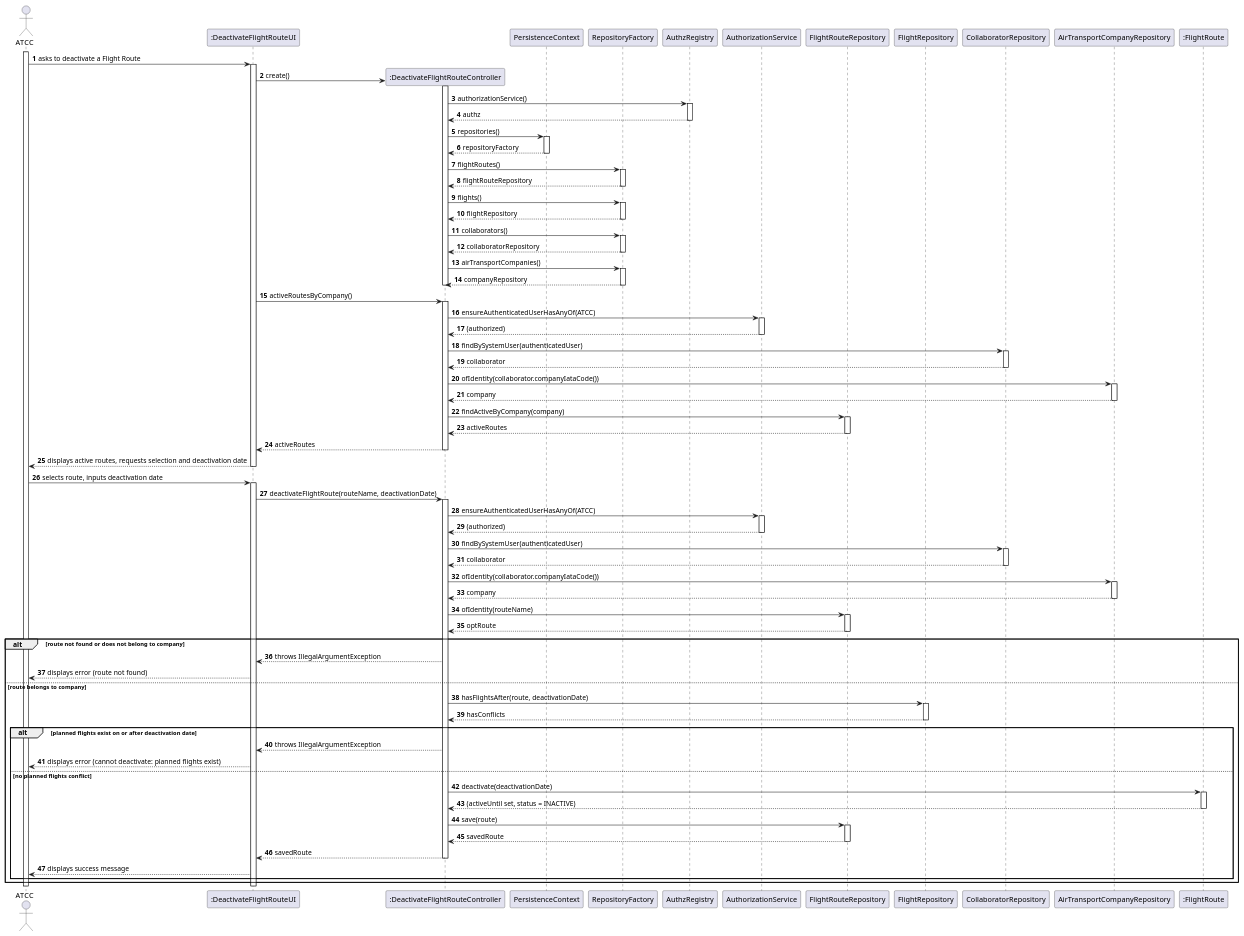
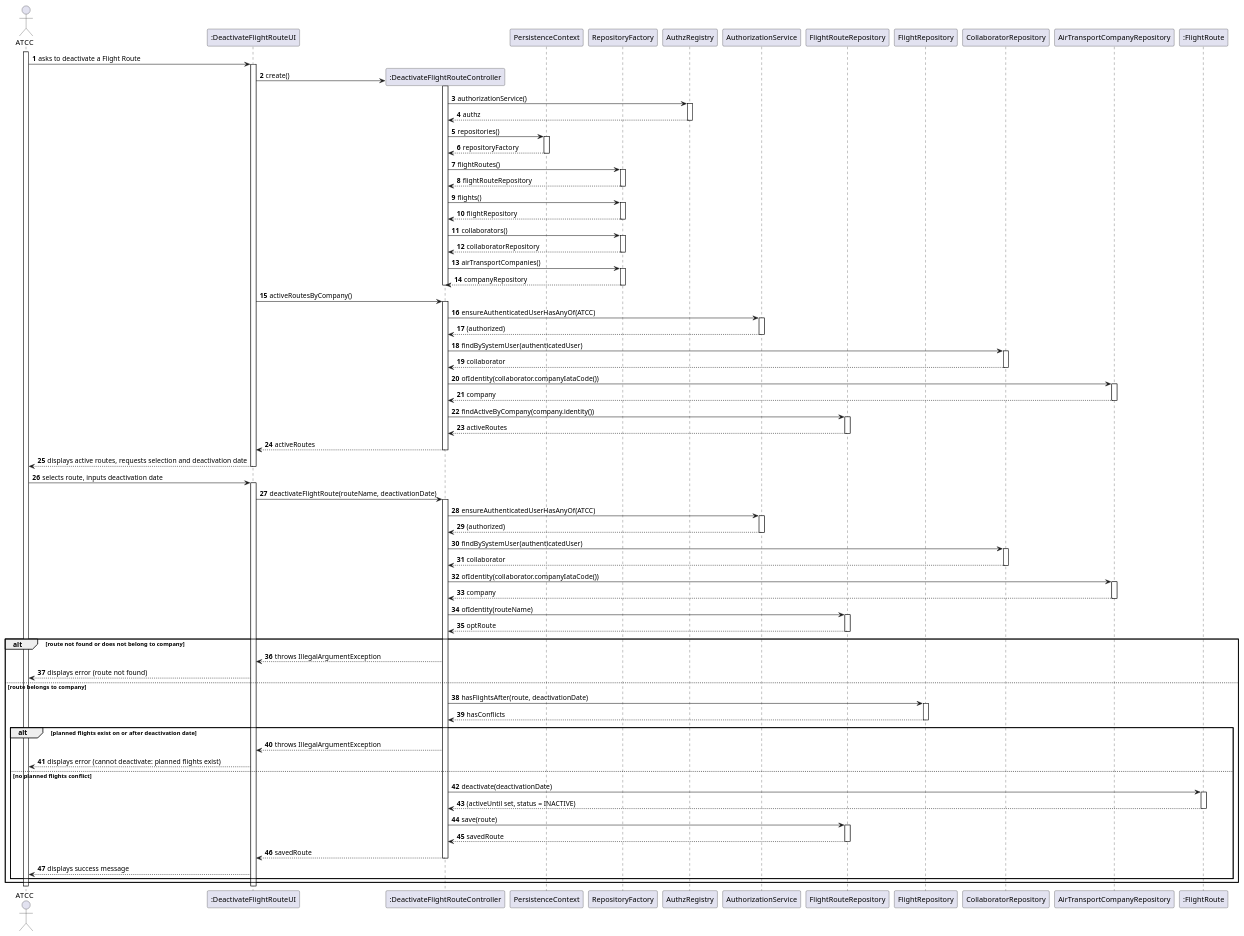
Before and after one commit to brunodspinto/aisafe: the diagram in aisafe.base/docs/user-stories/us074/puml/US074-SD.puml, drawn with PlantUML. The commit also changed 3 other files, not shown here.

Commit message:
#58 doc: update findActiveByCompany method signature to use IATACode

```diff
--- a/aisafe.base/docs/user-stories/us074/puml/US074-SD.puml
+++ b/aisafe.base/docs/user-stories/us074/puml/US074-SD.puml
@@ -1,136 +1,136 @@
 @startuml sd074
 skinparam packageStyle rectangle
 skinparam shadowing false
 autonumber
 
 actor "ATCC" as ATCC
 participant ":DeactivateFlightRouteUI" as UI
 participant ":DeactivateFlightRouteController" as CTRL
 participant "PersistenceContext" as PC
 participant "RepositoryFactory" as FACT
 participant "AuthzRegistry" as AUTHZR
 participant "AuthorizationService" as AUTHZ
 participant "FlightRouteRepository" as ROUTE_REPO
 participant "FlightRepository" as FLIGHT_REPO
 participant "CollaboratorRepository" as COLLAB_REPO
 participant "AirTransportCompanyRepository" as COMPANY_REPO
 participant ":FlightRoute" as ROUTE
 
 activate ATCC
 
 ATCC -> UI : asks to deactivate a Flight Route
 activate UI
 
 UI -> CTRL** : create()
 activate CTRL
 CTRL -> AUTHZR : authorizationService()
 activate AUTHZR
 AUTHZR --> CTRL : authz
 deactivate AUTHZR
 CTRL -> PC : repositories()
 activate PC
 PC --> CTRL : repositoryFactory
 deactivate PC
 CTRL -> FACT : flightRoutes()
 activate FACT
 FACT --> CTRL : flightRouteRepository
 deactivate FACT
 CTRL -> FACT : flights()
 activate FACT
 FACT --> CTRL : flightRepository
 deactivate FACT
 CTRL -> FACT : collaborators()
 activate FACT
 FACT --> CTRL : collaboratorRepository
 deactivate FACT
 CTRL -> FACT : airTransportCompanies()
 activate FACT
 FACT --> CTRL : companyRepository
 deactivate FACT
 deactivate CTRL
 
 UI -> CTRL : activeRoutesByCompany()
 activate CTRL
 CTRL -> AUTHZ : ensureAuthenticatedUserHasAnyOf(ATCC)
 activate AUTHZ
 AUTHZ --> CTRL : (authorized)
 deactivate AUTHZ
 CTRL -> COLLAB_REPO : findBySystemUser(authenticatedUser)
 activate COLLAB_REPO
 COLLAB_REPO --> CTRL : collaborator
 deactivate COLLAB_REPO
 CTRL -> COMPANY_REPO : ofIdentity(collaborator.companyIataCode())
 activate COMPANY_REPO
 COMPANY_REPO --> CTRL : company
 deactivate COMPANY_REPO
-CTRL -> ROUTE_REPO : findActiveByCompany(company)
+CTRL -> ROUTE_REPO : findActiveByCompany(company.identity())
 activate ROUTE_REPO
 ROUTE_REPO --> CTRL : activeRoutes
 deactivate ROUTE_REPO
 CTRL --> UI : activeRoutes
 deactivate CTRL
 
 UI --> ATCC : displays active routes, requests selection and deactivation date
 deactivate UI
 
 ATCC -> UI : selects route, inputs deactivation date
 activate UI
 
 UI -> CTRL : deactivateFlightRoute(routeName, deactivationDate)
 activate CTRL
 
 CTRL -> AUTHZ : ensureAuthenticatedUserHasAnyOf(ATCC)
 activate AUTHZ
 AUTHZ --> CTRL : (authorized)
 deactivate AUTHZ
 
 CTRL -> COLLAB_REPO : findBySystemUser(authenticatedUser)
 activate COLLAB_REPO
 COLLAB_REPO --> CTRL : collaborator
 deactivate COLLAB_REPO
 
 CTRL -> COMPANY_REPO : ofIdentity(collaborator.companyIataCode())
 activate COMPANY_REPO
 COMPANY_REPO --> CTRL : company
 deactivate COMPANY_REPO
 
 CTRL -> ROUTE_REPO : ofIdentity(routeName)
 activate ROUTE_REPO
 ROUTE_REPO --> CTRL : optRoute
 deactivate ROUTE_REPO
 
 alt route not found or does not belong to company
     CTRL --> UI : throws IllegalArgumentException
     UI --> ATCC : displays error (route not found)
 else route belongs to company
 
     CTRL -> FLIGHT_REPO : hasFlightsAfter(route, deactivationDate)
     activate FLIGHT_REPO
     FLIGHT_REPO --> CTRL : hasConflicts
     deactivate FLIGHT_REPO
 
     alt planned flights exist on or after deactivation date
         CTRL --> UI : throws IllegalArgumentException
         UI --> ATCC : displays error (cannot deactivate: planned flights exist)
     else no planned flights conflict
 
         CTRL -> ROUTE : deactivate(deactivationDate)
         activate ROUTE
         ROUTE --> CTRL : (activeUntil set, status = INACTIVE)
         deactivate ROUTE
 
         CTRL -> ROUTE_REPO : save(route)
         activate ROUTE_REPO
         ROUTE_REPO --> CTRL : savedRoute
         deactivate ROUTE_REPO
 
         CTRL --> UI : savedRoute
         deactivate CTRL
 
         UI --> ATCC : displays success message
     end
 end
 deactivate UI
 deactivate ATCC
 
 @enduml
```
